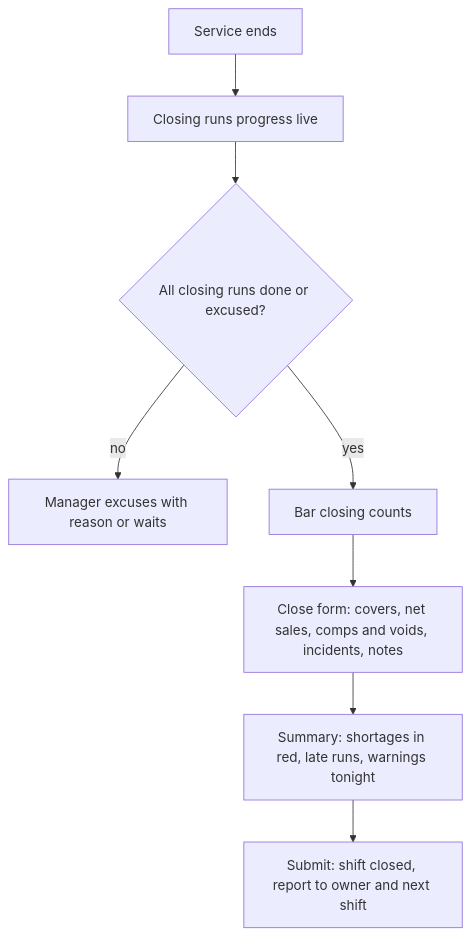
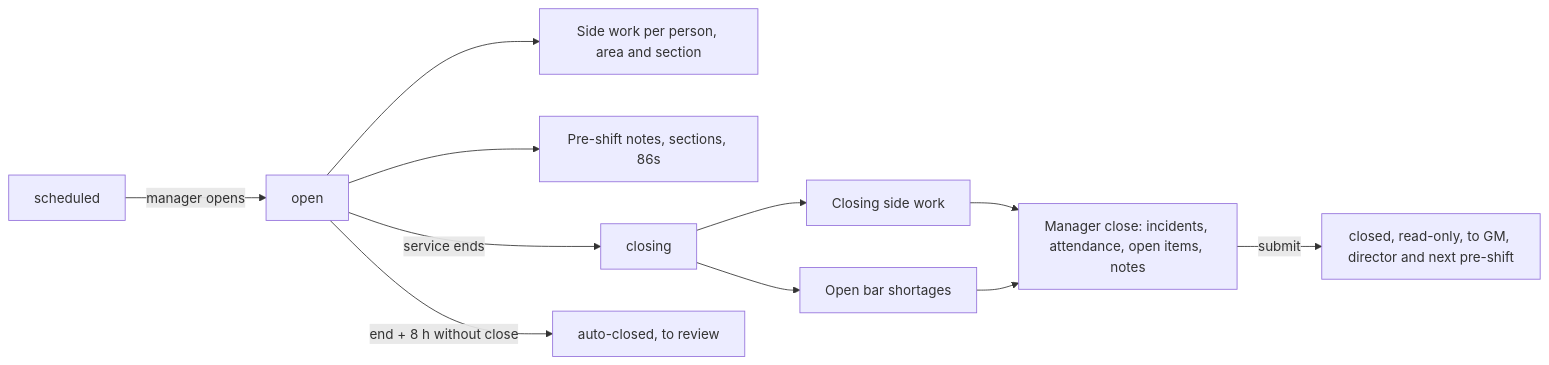
The sixth of 12 diagrams in docs/BLUEPRINT.md (fclaiba/TheFirstHospitalityGroup), drawn with Mermaid before and after one commit. The commit also changed other lines of this file and 61 other files, not shown here.

````diff
--- a/docs/BLUEPRINT.md
+++ b/docs/BLUEPRINT.md
@@ -212,10 +383,13 @@
 ```mermaid
-flowchart TD
-  A[Service ends] --> B[Closing runs progress live]
-  B --> C{All closing runs done or excused?}
-  C -- no --> C1[Manager excuses with reason or waits]
-  C -- yes --> D[Bar closing counts]
-  D --> E[Close form: covers, net sales, comps and voids, incidents, notes]
-  E --> F[Summary: shortages in red, late runs, warnings tonight]
-  F --> G[Submit: shift closed, report to owner and next shift]
+flowchart LR
+  S[scheduled] -->|manager opens| O[open]
+  O --> SW[Side work per person, area and section]
+  O --> PS[Pre-shift notes, sections, 86s]
+  O -->|service ends| C[closing]
+  C --> SW2[Closing side work]
+  C --> SH[Open bar shortages]
+  SW2 --> F[Manager close: incidents, attendance, open items, notes]
+  SH --> F
+  F -->|submit| X[closed, read-only, to GM, director and next pre-shift]
+  O -->|end + 8 h without close| AC[auto-closed, to review]
 ```
````
